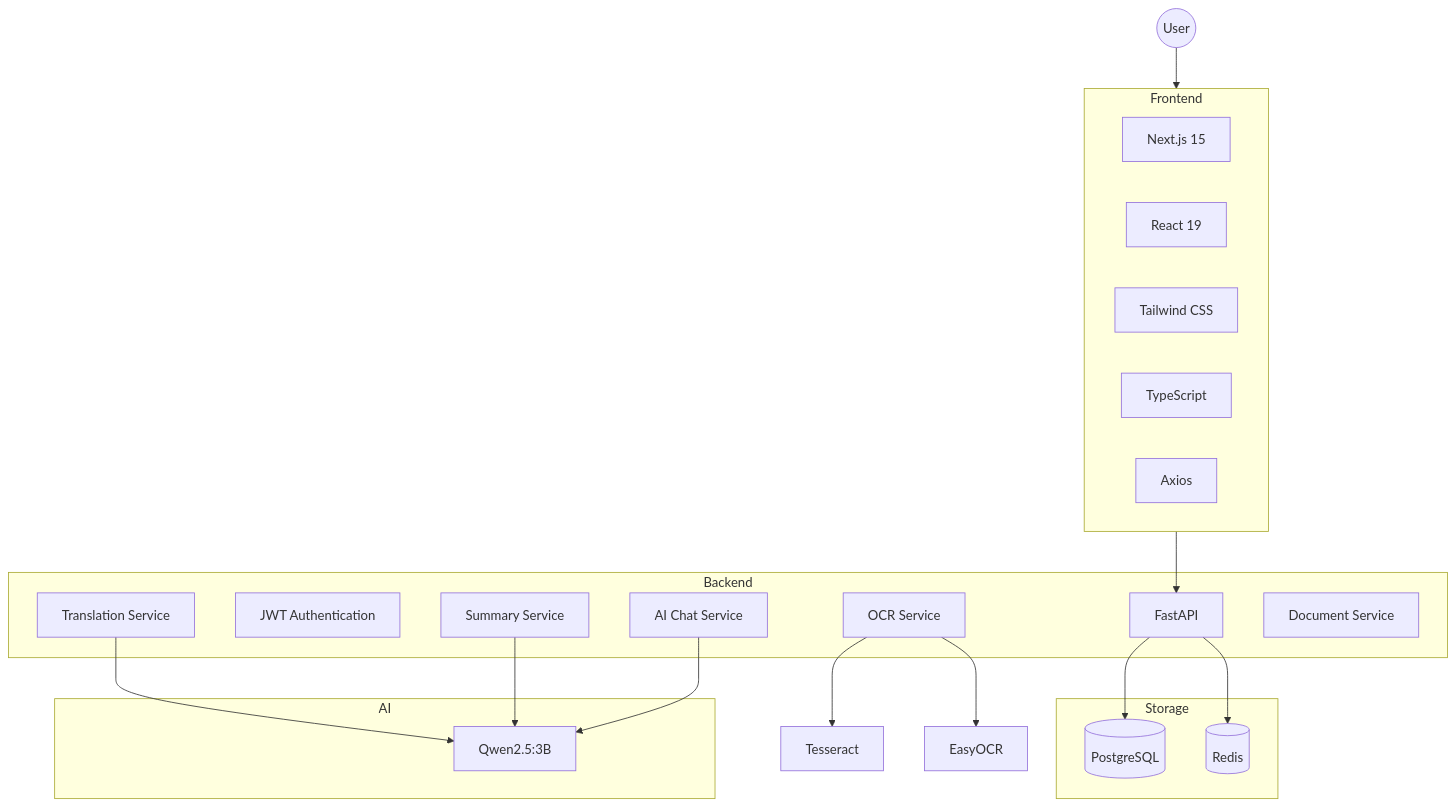
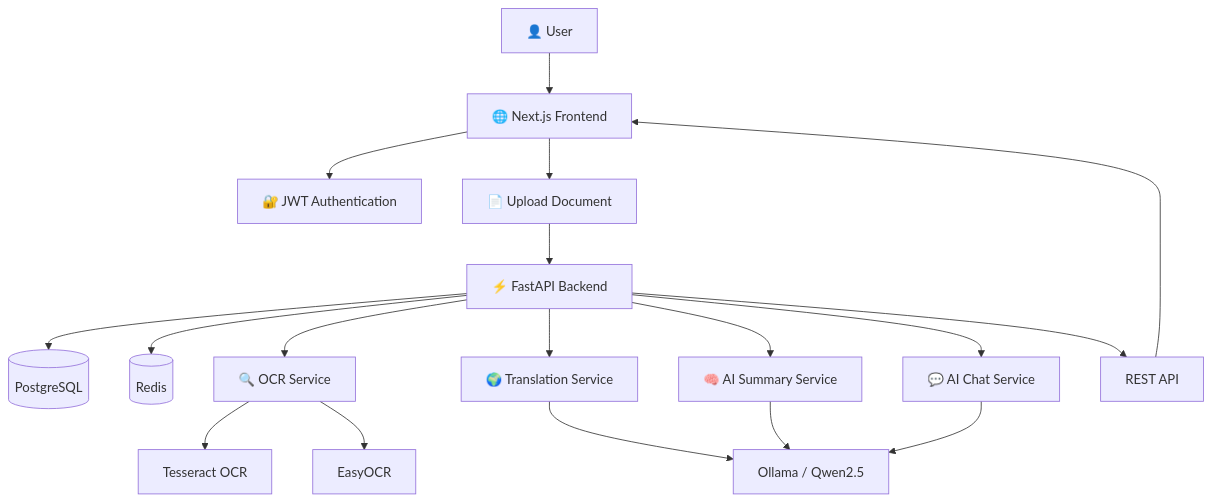
One commit to ENAYATULLA/Urdu-Document-Assistant changed the first of 4 diagrams in README.md. Above: the diagram before and after it, drawn with Mermaid. The commit also changed other lines of this file and 1 other file, not shown here.

````diff
--- a/README.md
+++ b/README.md
@@ -293,69 +222,39 @@
 ```mermaid
 graph TD
 
-User((User))
+A[👤 User]
 
-User --> Frontend
+A --> B[🌐 Next.js Frontend]
 
-subgraph Frontend
+B --> C[🔐 JWT Authentication]
 
-NextJS[Next.js 15]
+B --> D[📄 Upload Document]
 
-React[React 19]
+D --> E[⚡ FastAPI Backend]
 
-Tailwind[Tailwind CSS]
+E --> F[(PostgreSQL)]
 
-TypeScript[TypeScript]
+E --> G[(Redis)]
 
-Axios[Axios]
+E --> H[🔍 OCR Service]
 
-end
+H --> I[Tesseract OCR]
 
-Frontend --> API
+H --> J[EasyOCR]
 
-subgraph Backend
+E --> K[🌍 Translation Service]
 
-API[FastAPI]
+E --> L[🧠 AI Summary Service]
 
-JWT[JWT Authentication]
+E --> M[💬 AI Chat Service]
 
-OCR[OCR Service]
+K --> N[Ollama / Qwen2.5]
 
-Translation[Translation Service]
+L --> N
 
-Summary[Summary Service]
+M --> N
 
-Chat[AI Chat Service]
+E --> O[REST API]
 
-Document[Document Service]
-
-end
-
-API --> PostgreSQL
-
-API --> Redis
-
-OCR --> Tesseract
-
-OCR --> EasyOCR
-
-Translation --> Ollama
-
-Summary --> Ollama
-
-Chat --> Ollama
-
-subgraph Storage
-
-PostgreSQL[(PostgreSQL)]
-
-Redis[(Redis)]
-
-end
-
-subgraph AI
-
-Ollama[Qwen2.5:3B]
-
-end
+O --> B
 ```
````
